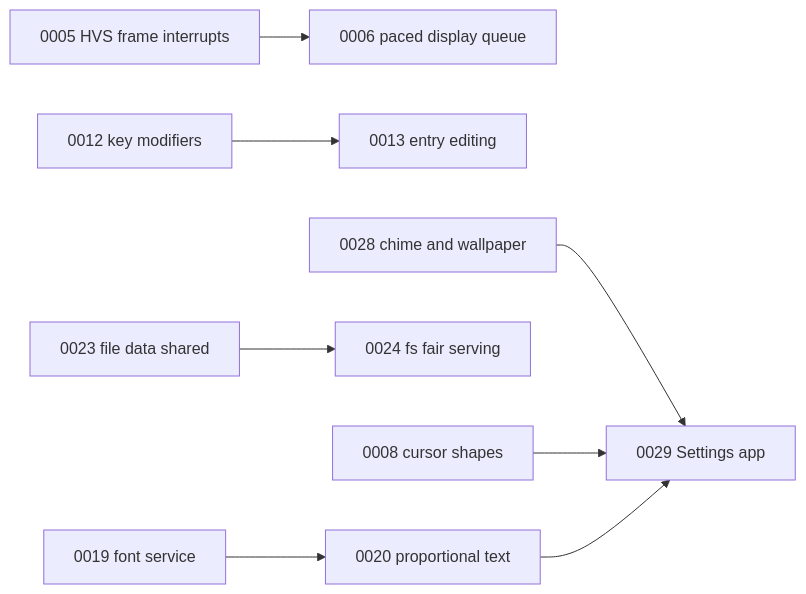
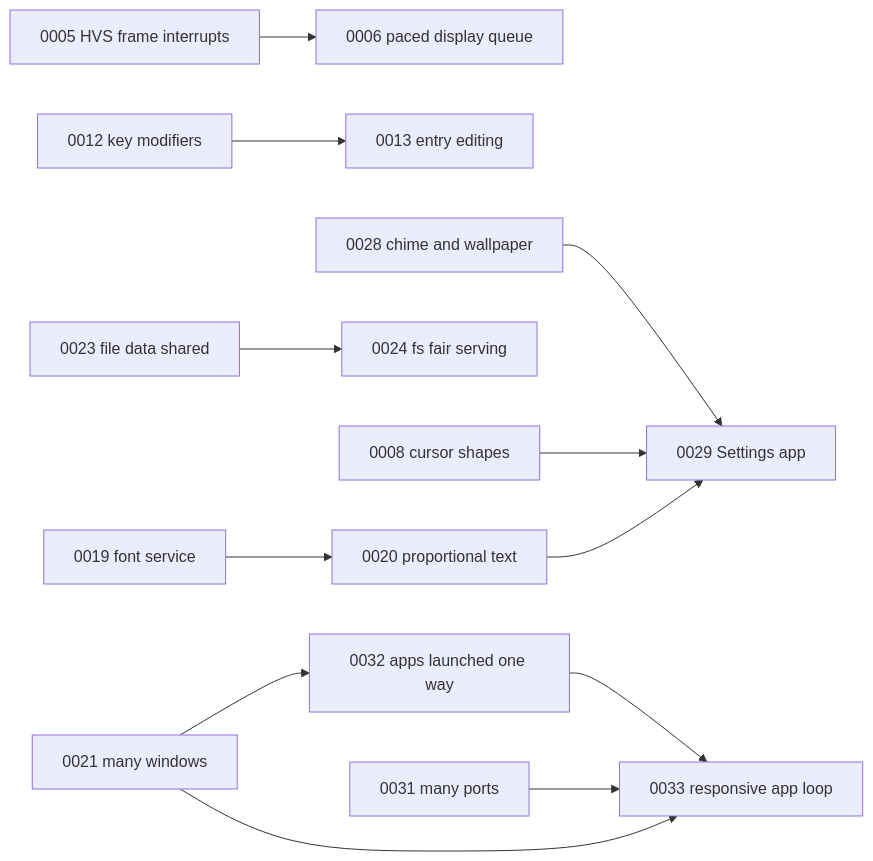
The diagram in roadmap/INDEX.md (misleb/L0S), drawn with Mermaid before and after one commit. The commit also changed other lines of this file and 2 other files, not shown here.

Commit message:
Write roadmap 0032 and 0033: apps launched one way, and a loop that answers
0032: wm launches an app by asking the one running, by its name
app.EXEC, to open, with any arguments, and starts it only if none is;
the app decides what an open does, from a new window to nothing, and
wm always brings it forward with the focus. Needs 0021.

0033: from Fonts' back button lighting a second or two late, the
toolkit's loop puts pointer moves together, lays out only what
changed, asks servers without waiting, does long work a piece at a
time, and says a slow step; the l0s-ui skill gains the conventions.
Needs 0021, 0031 and 0032.

````diff
--- a/roadmap/INDEX.md
+++ b/roadmap/INDEX.md
@@ -62,10 +64,14 @@
 ```mermaid
 graph LR
   0005[0005 HVS frame interrupts] --> 0006[0006 paced display queue]
   0012[0012 key modifiers] --> 0013[0013 entry editing]
   0019[0019 font service] --> 0020[0020 proportional text]
   0023[0023 file data shared] --> 0024[0024 fs fair serving]
   0028[0028 chime and wallpaper] --> 0029[0029 Settings app]
   0008[0008 cursor shapes] --> 0029
   0020 --> 0029
+  0021[0021 many windows] --> 0032[0032 apps launched one way]
+  0032 --> 0033[0033 responsive app loop]
+  0031[0031 many ports] --> 0033
+  0021 --> 0033
 ```
````
